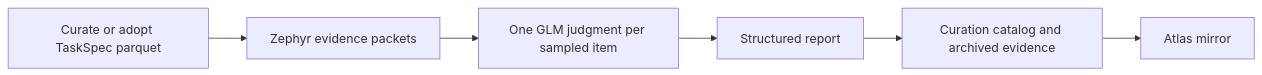
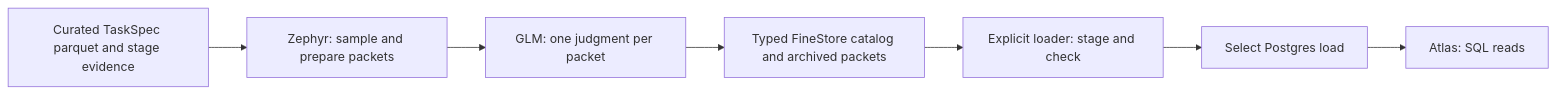
Before and after one commit to marin-community/marin: the diagram in docs/references/rl-data-atlas.md, drawn with Mermaid. The commit also changed other lines of this file and 14 other files, not shown here.

First line of the commit message:
[rl] Load the curation catalog into Atlas Postgres

````diff
--- a/docs/references/rl-data-atlas.md
+++ b/docs/references/rl-data-atlas.md
@@ -10,8 +8,9 @@
 ```mermaid
 flowchart LR
-  C[Curate or adopt TaskSpec parquet] --> P[Zephyr evidence packets]
-  P --> G[One GLM judgment per sampled item]
-  G --> R[Structured report]
-  R --> K[Curation catalog and archived evidence]
-  K --> A[Atlas mirror]
+  C[Curated TaskSpec parquet and stage evidence] --> P[Zephyr: sample and prepare packets]
+  P --> G[GLM: one judgment per packet]
+  G --> K[Typed FineStore catalog and archived packets]
+  K --> L[Explicit loader: stage and check]
+  L --> D[Select Postgres load]
+  D --> A[Atlas: SQL reads]
 ```
````
